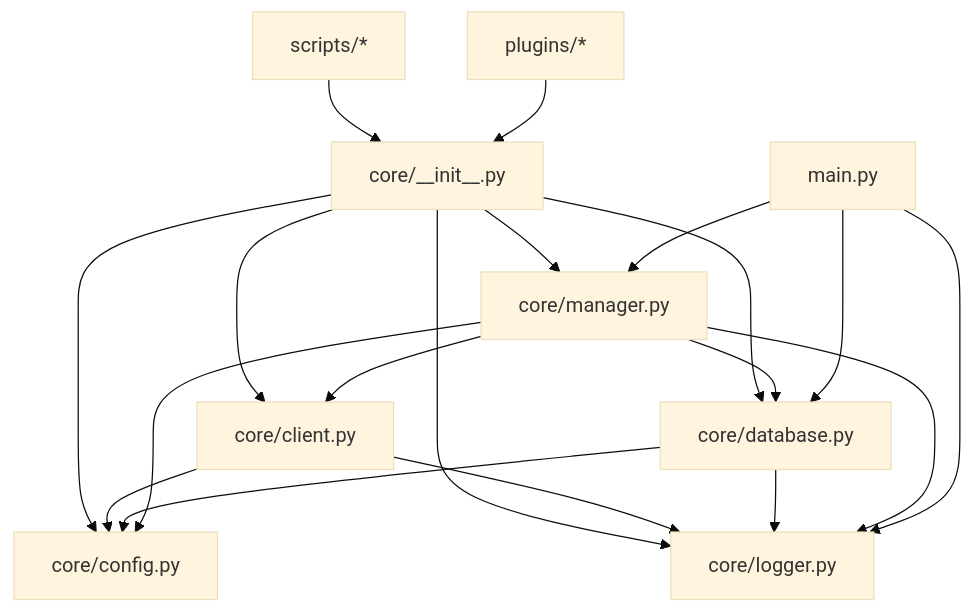
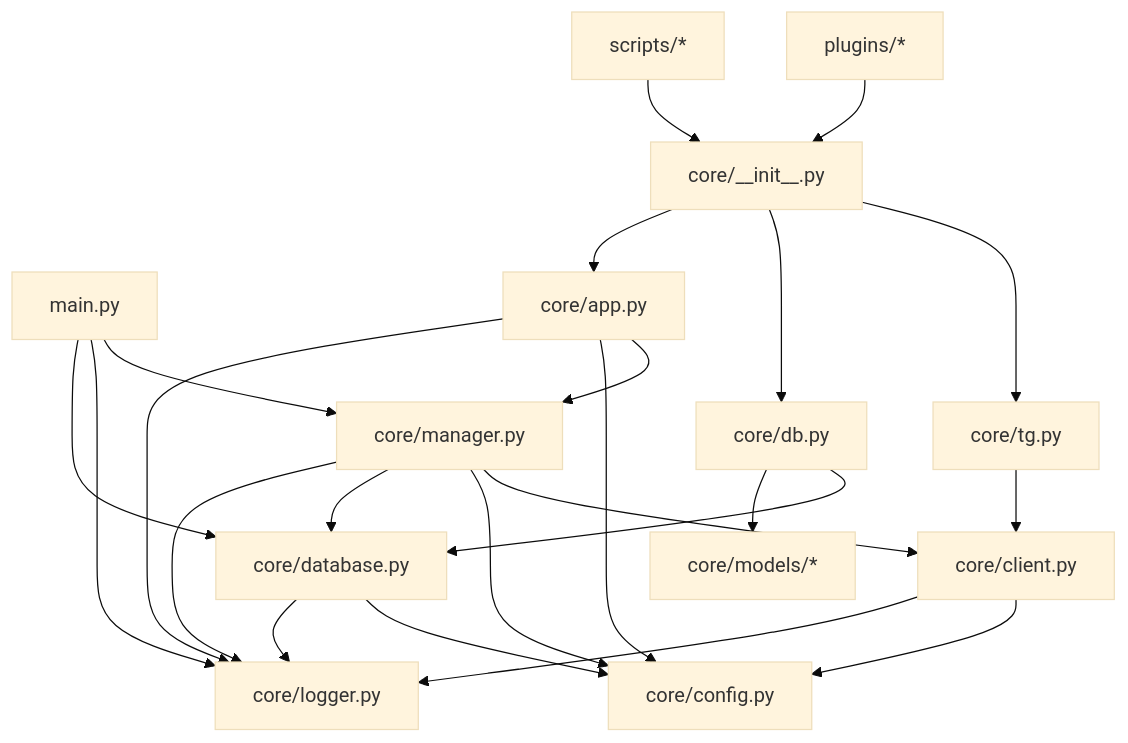
Before and after one commit to yyned2501/tgbot-n: the diagram in ARCHITECTURE.md, drawn with Mermaid (base theme). The commit also changed other lines of this file and 17 other files, not shown here.

````diff
--- a/ARCHITECTURE.md
+++ b/ARCHITECTURE.md
@@ -46,26 +46,31 @@
 ```mermaid
 graph TD
     Main[main.py] --> Manager[core/manager.py]
     Main --> Logger[core/logger.py]
     Main --> Database[core/database.py]
     
     Manager --> Client[core/client.py]
     Manager --> Config[core/config.py]
     Manager --> Database
     Manager --> Logger
     
     Database --> Config
     Database --> Logger
     
     Client --> Config
     Client --> Logger
     
     Plugins[plugins/*] --> CoreInit[core/__init__.py]
-    CoreInit --> Manager
-    CoreInit --> Client
-    CoreInit --> Config
-    CoreInit --> Logger
-    CoreInit --> Database
+    CoreInit --> TG[core/tg.py]
+    CoreInit --> DB[core/db.py]
+    CoreInit --> APP[core/app.py]
+    
+    TG --> Client[core/client.py]
+    DB --> Database[core/database.py]
+    DB --> Models[core/models/*]
+    APP --> Manager[core/manager.py]
+    APP --> Config[core/config.py]
+    APP --> Logger[core/logger.py]
     
     Scripts[scripts/*] --> CoreInit
 ```
````
